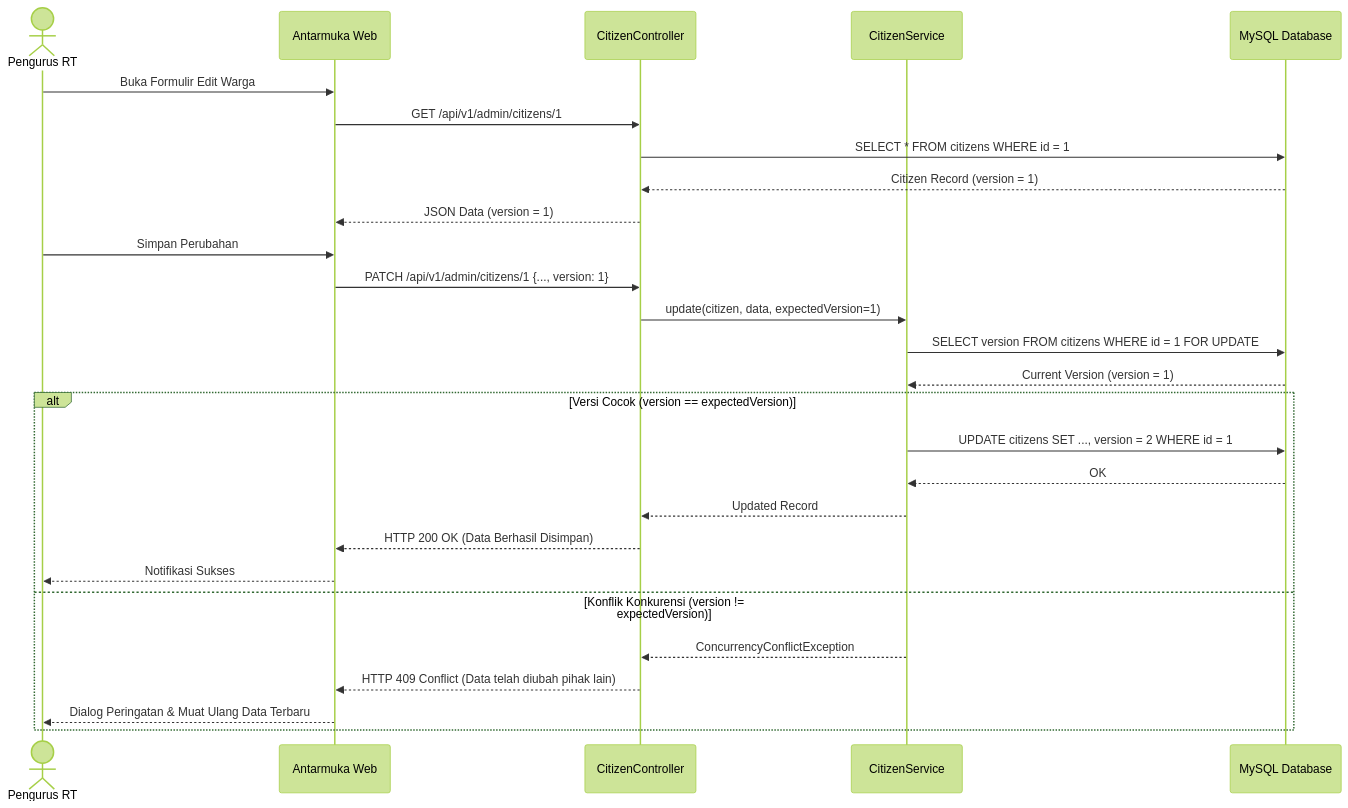
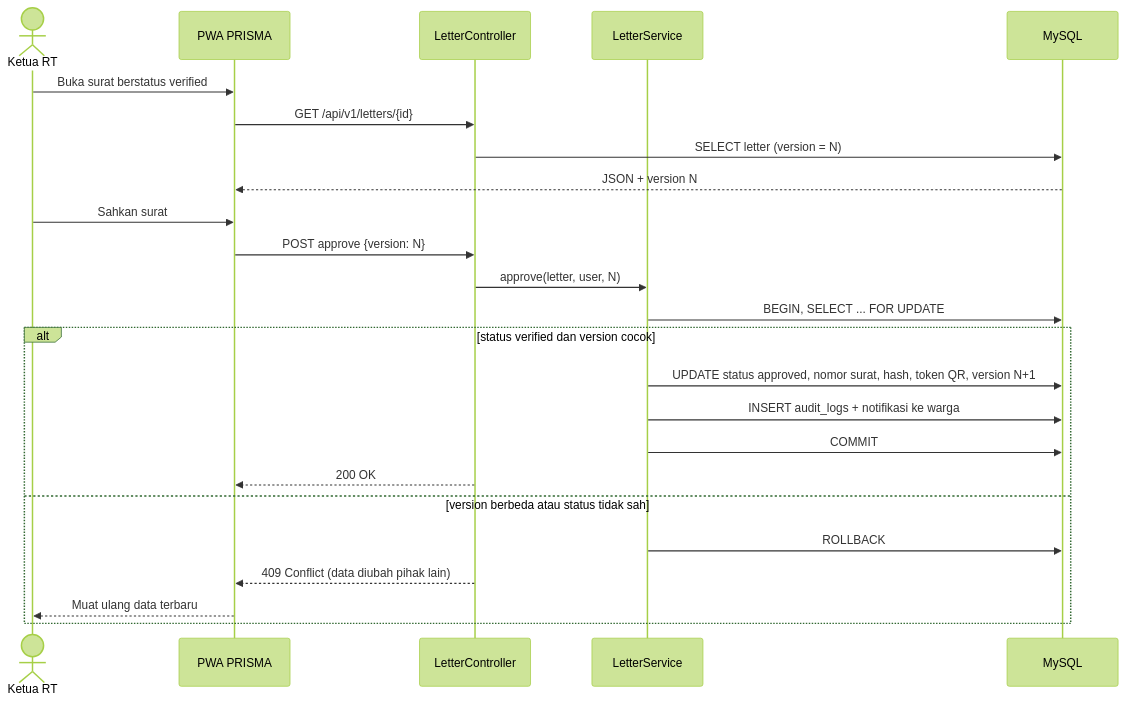
Before and after one commit to not162/platform-layanan-publik-warga: diagram 12 of 13 in README.md, drawn with Mermaid (forest theme). The commit also changed other lines of this file and 2 other files, not shown here.

First line of the commit message:
docs(diagrams): regenerate ERD/LRS from schema, update use case, activity, UML diagrams for PRISMA redesign

````diff
--- a/README.md
+++ b/README.md
@@ -506,32 +960,26 @@
 ```mermaid
 sequenceDiagram
-    actor Admin as Pengurus RT
-    participant Form as Antarmuka Web
-    participant Controller as CitizenController
-    participant Service as CitizenService
-    participant DB as MySQL Database
-
-    Admin->>Form: Buka Formulir Edit Warga
-    Form->>Controller: GET /api/v1/admin/citizens/1
-    Controller->>DB: SELECT * FROM citizens WHERE id = 1
-    DB-->>Controller: Citizen Record (version = 1)
-    Controller-->>Form: JSON Data (version = 1)
-    
-    Admin->>Form: Simpan Perubahan
-    Form->>Controller: PATCH /api/v1/admin/citizens/1 {..., version: 1}
-    Controller->>Service: update(citizen, data, expectedVersion=1)
-    Service->>DB: SELECT version FROM citizens WHERE id = 1 FOR UPDATE
-    DB-->>Service: Current Version (version = 1)
-    
-    alt Versi Cocok (version == expectedVersion)
-        Service->>DB: UPDATE citizens SET ..., version = 2 WHERE id = 1
-        DB-->>Service: OK
-        Service-->>Controller: Updated Record
-        Controller-->>Form: HTTP 200 OK (Data Berhasil Disimpan)
-        Form-->>Admin: Notifikasi Sukses
-    else Konflik Konkurensi (version != expectedVersion)
-        Service-->>Controller: ConcurrencyConflictException
-        Controller-->>Form: HTTP 409 Conflict (Data telah diubah pihak lain)
-        Form-->>Admin: Dialog Peringatan & Muat Ulang Data Terbaru
+    actor K as Ketua RT
+    participant UI as PWA PRISMA
+    participant C as LetterController
+    participant S as LetterService
+    participant DB as MySQL
+    K->>UI: Buka surat berstatus verified
+    UI->>C: GET /api/v1/letters/{id}
+    C->>DB: SELECT letter (version = N)
+    DB-->>UI: JSON + version N
+    K->>UI: Sahkan surat
+    UI->>C: POST approve {version: N}
+    C->>S: approve(letter, user, N)
+    S->>DB: BEGIN, SELECT ... FOR UPDATE
+    alt status verified dan version cocok
+        S->>DB: UPDATE status approved, nomor surat, hash, token QR, version N+1
+        S->>DB: INSERT audit_logs + notifikasi ke warga
+        S->>DB: COMMIT
+        C-->>UI: 200 OK
+    else version berbeda atau status tidak sah
+        S->>DB: ROLLBACK
+        C-->>UI: 409 Conflict (data diubah pihak lain)
+        UI-->>K: Muat ulang data terbaru
     end
 ```
````
